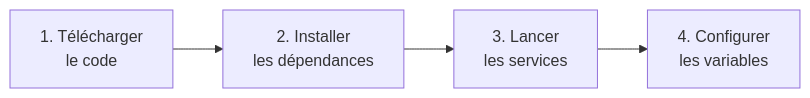
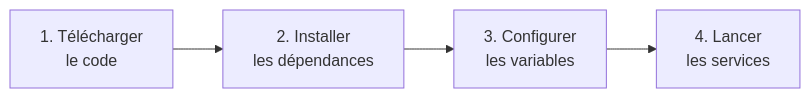
One commit to MTES-MCT/zero-logement-vacant changed the first of 3 diagrams in docs/technical/DI-Dossier-Installation.md. Above: the diagram before and after it, drawn with Mermaid. The commit also changed other lines of this file and 1 other file, not shown here.

````diff
--- a/docs/technical/DI-Dossier-Installation.md
+++ b/docs/technical/DI-Dossier-Installation.md
@@ -131,6 +129,6 @@
 ```mermaid
 flowchart LR
     A["1. Télécharger<br/>le code"] --> B["2. Installer<br/>les dépendances"]
-    B --> C["3. Lancer<br/>les services"]
-    C --> D["4. Configurer<br/>les variables"]
+    B --> C["3. Configurer<br/>les variables"]
+    C --> D["4. Lancer<br/>les services"]
 ```
````
